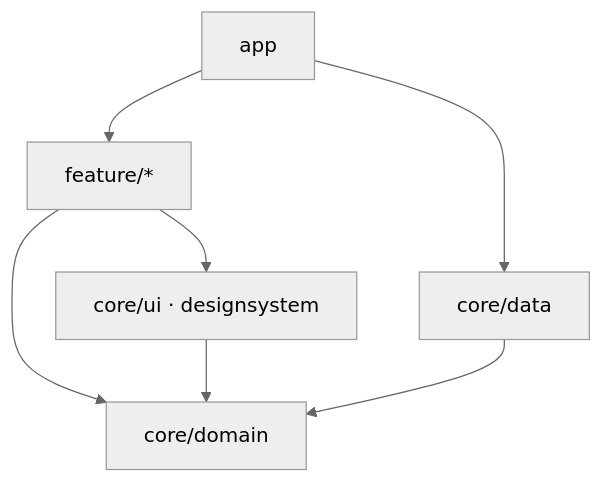
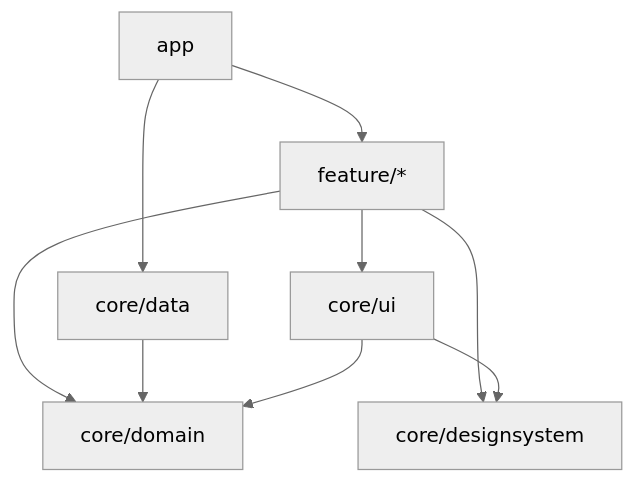
The diagram in docs/guide/architecture-checks.md (kaleidot725/PulseDesktop), drawn with Mermaid (neutral theme) before and after one commit. The commit also changed other lines of this file and 7 other files, not shown here.

````diff
--- a/docs/guide/architecture-checks.md
+++ b/docs/guide/architecture-checks.md
@@ -131,9 +143,11 @@
 ```mermaid
 flowchart TB
     app --> feature["feature/*"]
     app --> data["core/data"]
     feature --> domain["core/domain"]
-    feature --> ui["core/ui · designsystem"]
+    feature --> ui["core/ui"]
+    feature --> designsystem["core/designsystem"]
     data --> domain
     ui --> domain
+    ui --> designsystem
 ```
````
